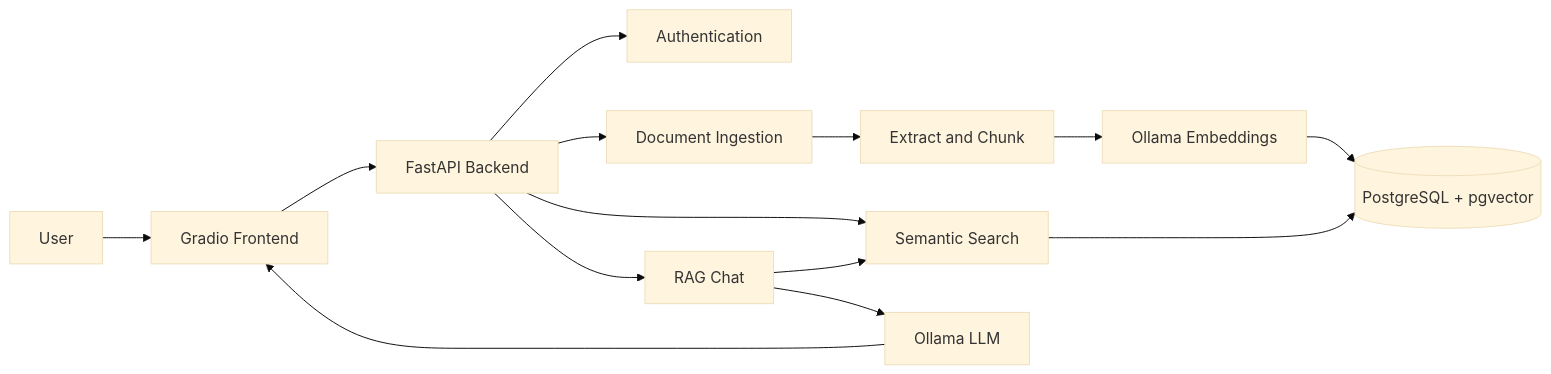
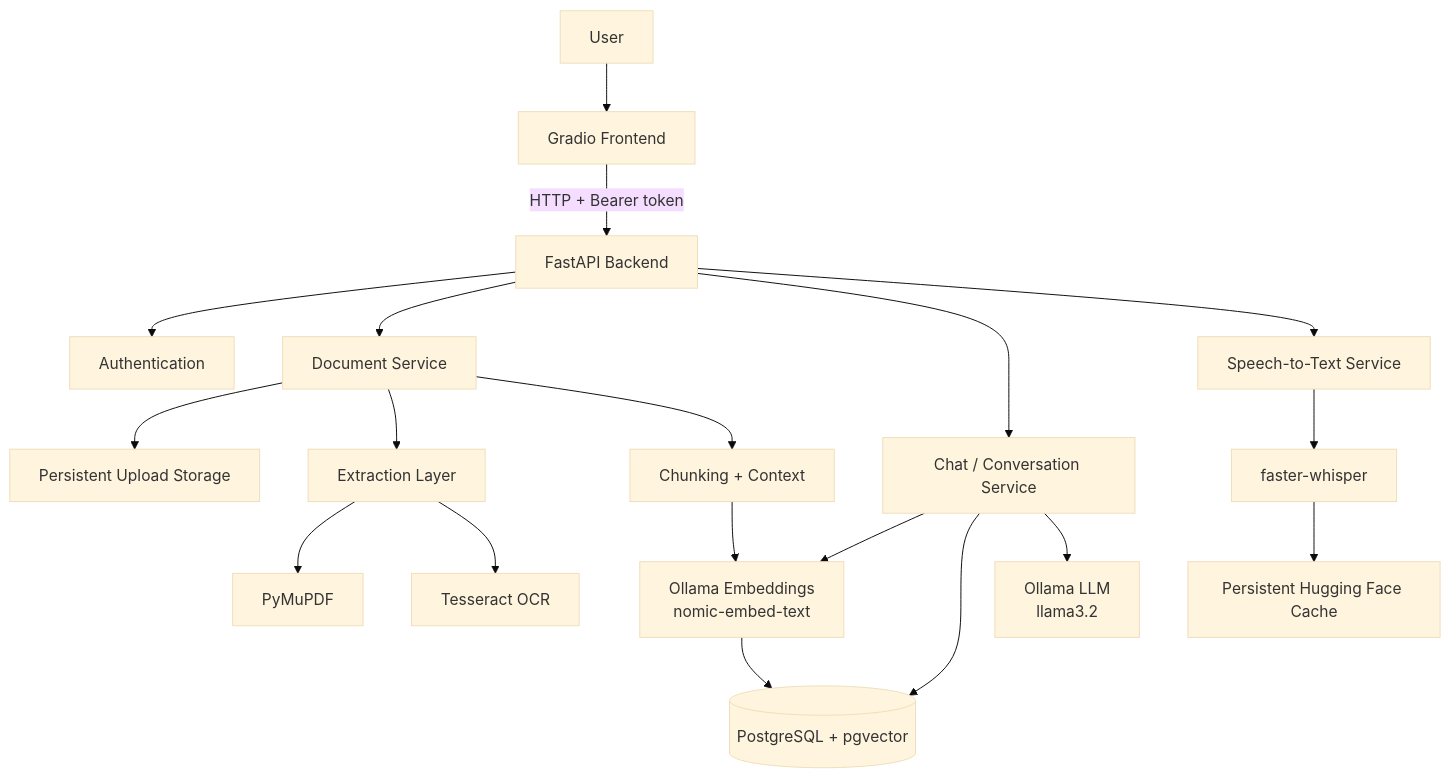
The diagram in README.md (fizzahussain/Rag-Document-Assistant), drawn with Mermaid (base theme) before and after one commit. The commit also changed other lines of this file, not shown here.

````diff
--- a/README.md
+++ b/README.md
@@ -48,19 +161,26 @@
 ```mermaid
-flowchart LR
-    U[User] --> F[Gradio Frontend]
-    F --> A[FastAPI Backend]
+flowchart TD
+    U[User] --> G[Gradio Frontend]
+    G -->|HTTP + Bearer token| F[FastAPI Backend]
 
-    A --> AUTH[Authentication]
-    A --> INGEST[Document Ingestion]
-    A --> SEARCH[Semantic Search]
-    A --> CHAT[RAG Chat]
+    F --> A[Authentication]
+    F --> D[Document Service]
+    F --> C[Chat / Conversation Service]
+    F --> S[Speech-to-Text Service]
 
-    INGEST --> EXTRACT[Extract and Chunk]
-    EXTRACT --> OLLAMA[Ollama Embeddings]
-    OLLAMA --> DB[(PostgreSQL + pgvector)]
+    D --> FS[Persistent Upload Storage]
+    D --> E[Extraction Layer]
+    E --> P[PyMuPDF]
+    E --> T[Tesseract OCR]
 
-    SEARCH --> DB
-    CHAT --> SEARCH
-    CHAT --> LLM[Ollama LLM]
-    LLM --> F
+    D --> CH[Chunking + Context]
+    CH --> O1[Ollama Embeddings\nnomic-embed-text]
+    O1 --> PG[(PostgreSQL + pgvector)]
+
+    C --> O1
+    C --> PG
+    C --> O2[Ollama LLM\nllama3.2]
+
+    S --> W[faster-whisper]
+    W --> HF[Persistent Hugging Face Cache]
 ```
````
